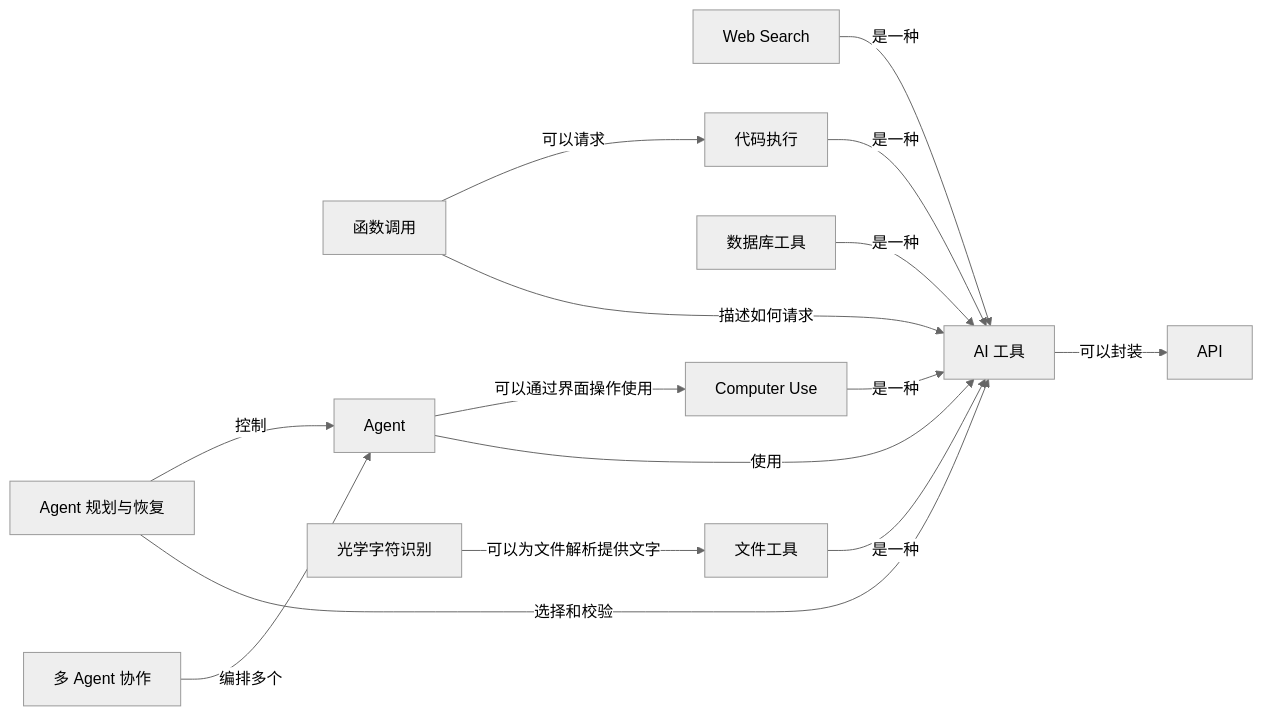
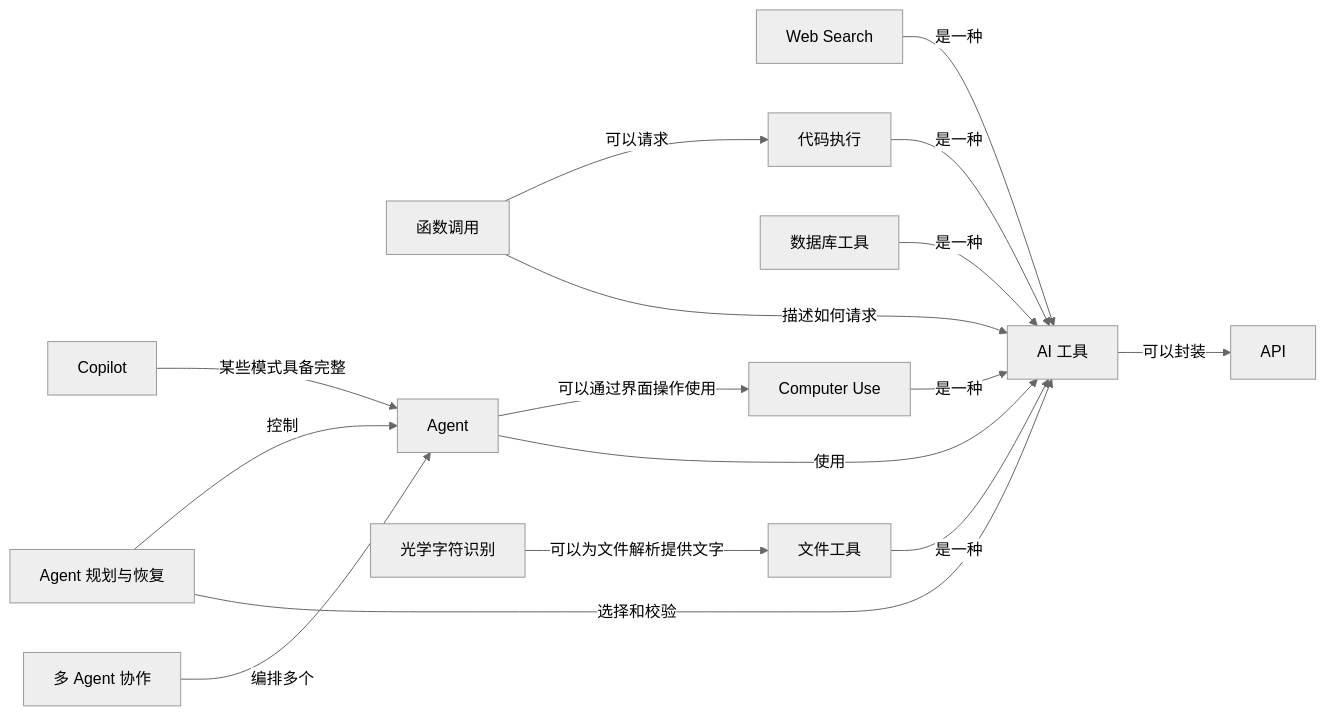
Before and after one commit to z-Zihan/LLM-101: the fifth of 9 diagrams in 知识网络.md, drawn with Mermaid (neutral theme). The commit also changed other lines of this file and 15 other files, not shown here.

````diff
--- a/知识网络.md
+++ b/知识网络.md
@@ -201,29 +206,31 @@
 ```mermaid
 flowchart LR
     n_api["API"]
     n_tool["AI 工具"]
     n_function_calling["函数调用"]
     n_agent["Agent"]
     n_agent_planning["Agent 规划与恢复"]
     n_multi_agent["多 Agent 协作"]
     n_web_search["Web Search"]
     n_file_tool["文件工具"]
     n_database_tool["数据库工具"]
     n_ocr["光学字符识别"]
     n_code_execution["代码执行"]
     n_computer_use["Computer Use"]
+    n_copilot["Copilot"]
+    n_copilot -->|"某些模式具备完整"| n_agent
     n_web_search -->|"是一种"| n_tool
     n_file_tool -->|"是一种"| n_tool
     n_database_tool -->|"是一种"| n_tool
     n_ocr -->|"可以为文件解析提供文字"| n_file_tool
     n_code_execution -->|"是一种"| n_tool
     n_function_calling -->|"可以请求"| n_code_execution
     n_computer_use -->|"是一种"| n_tool
     n_agent -->|"可以通过界面操作使用"| n_computer_use
     n_tool -->|"可以封装"| n_api
     n_function_calling -->|"描述如何请求"| n_tool
     n_agent -->|"使用"| n_tool
     n_agent_planning -->|"控制"| n_agent
     n_agent_planning -->|"选择和校验"| n_tool
     n_multi_agent -->|"编排多个"| n_agent
 ```
````
